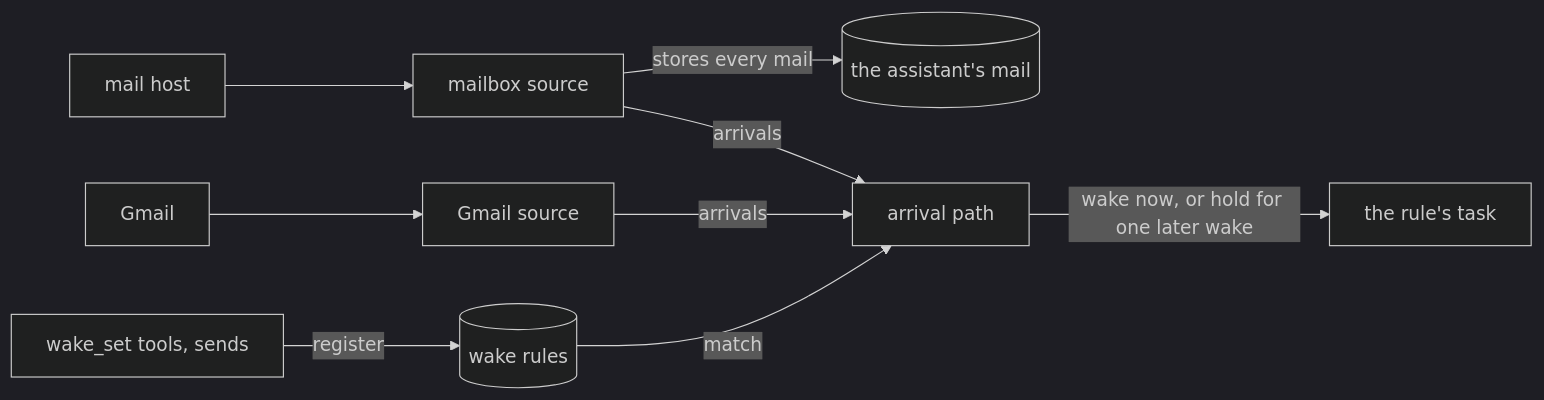
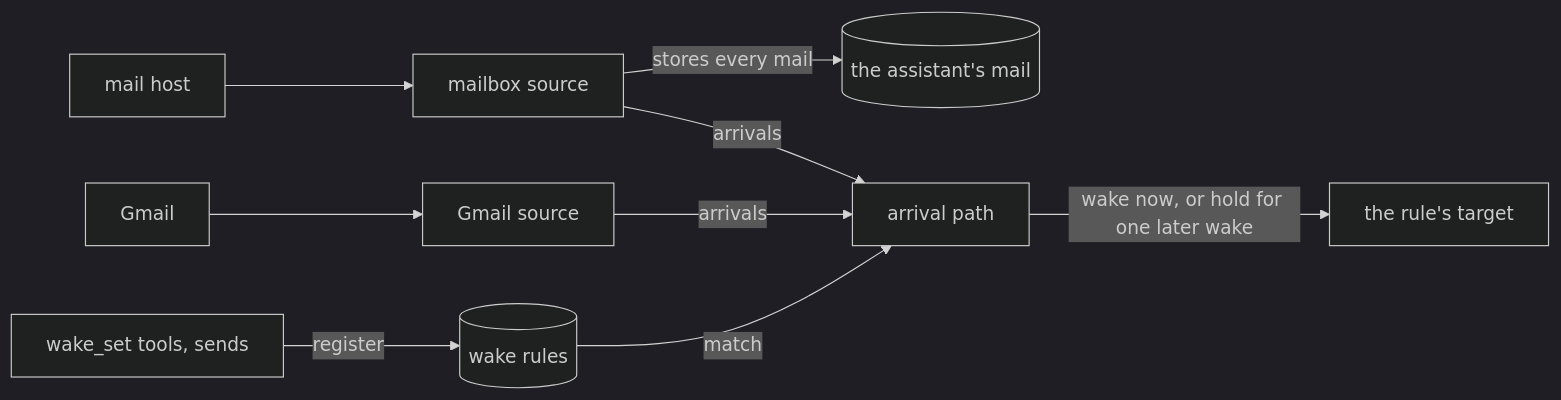
The diagram in docs/design/queue/mail/README.md (zgeoff/nixie), drawn with Mermaid (dark theme) before and after one commit. The commit also changed other lines of this file and 3 other files, not shown here.

````diff
--- a/docs/design/queue/mail/README.md
+++ b/docs/design/queue/mail/README.md
@@ -26,11 +25,11 @@
 ```mermaid
 flowchart LR
   host[mail host] --> own[mailbox source]
   own -->|"stores every mail"| store[(the assistant's mail)]
   google[Gmail] --> gsrc[Gmail source]
   own -->|"arrivals"| core[arrival path]
   gsrc -->|"arrivals"| core
   tools["wake_set tools, sends"] -->|"register"| rules[(wake rules)]
   rules -->|"match"| core
-  core -->|"wake now, or hold for one later wake"| task[the rule's task]
+  core -->|"wake now, or hold for one later wake"| task[the rule's target]
 ```
````
